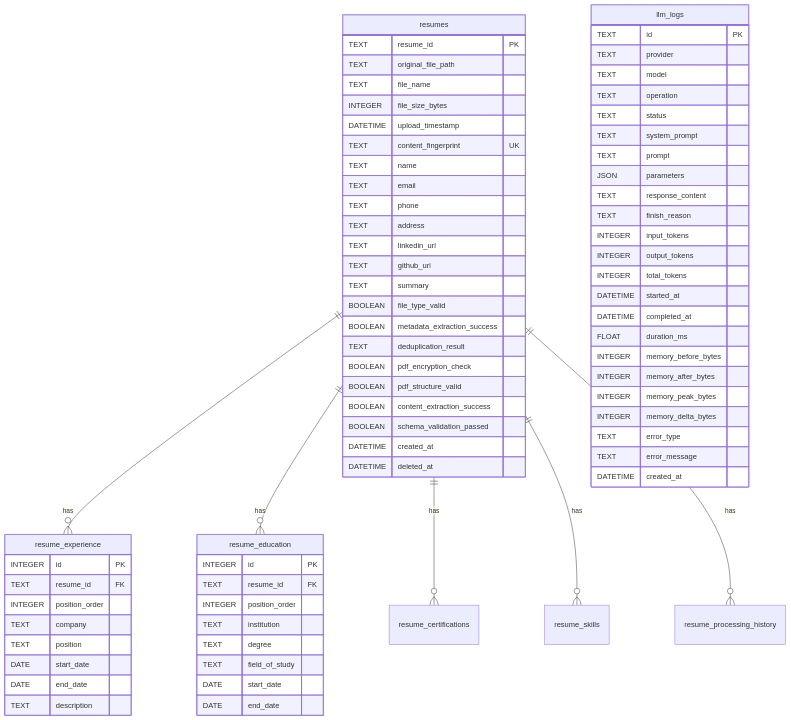
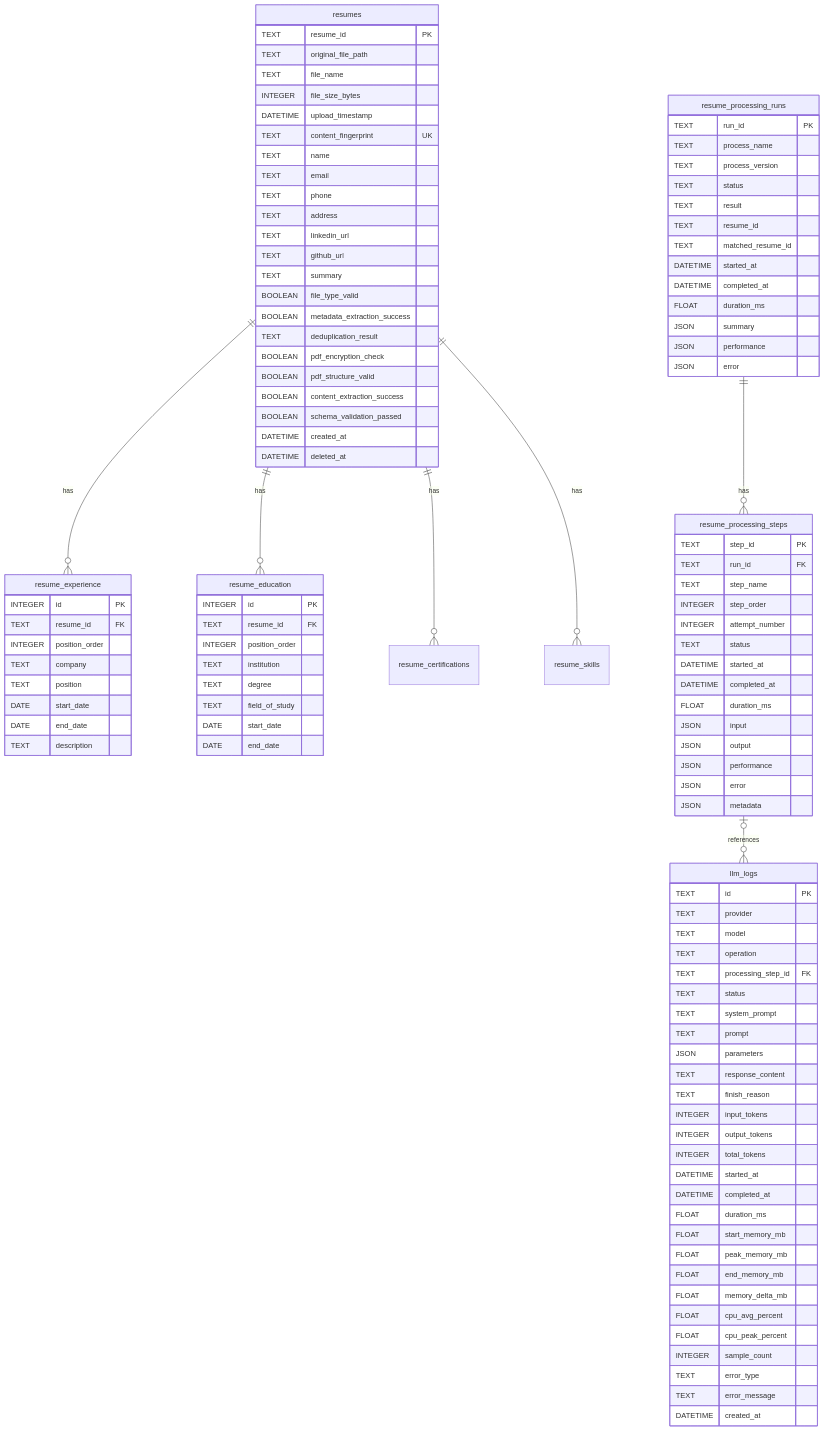
The diagram in app/database/docs/sqlite/overview.md (DelgadoArlee/cv-brewer), drawn with Mermaid before and after one commit. The commit also changed other lines of this file and 137 other files, not shown here.

Commit message:
feat: add resume processing logs

```diff
--- a/app/database/docs/sqlite/overview.md
+++ b/app/database/docs/sqlite/overview.md
@@ -38,7 +43,8 @@
     resumes ||--o{ resume_education : has
     resumes ||--o{ resume_certifications : has
     resumes ||--o{ resume_skills : has
-    resumes ||--o{ resume_processing_history : has
+    resume_processing_runs ||--o{ resume_processing_steps : has
+    resume_processing_steps o|--o{ llm_logs : references
 
     resumes {
         TEXT resume_id PK
@@ -87,11 +93,45 @@
         DATE end_date
     }
 
+    resume_processing_runs {
+        TEXT run_id PK
+        TEXT process_name
+        TEXT process_version
+        TEXT status
+        TEXT result
+        TEXT resume_id
+        TEXT matched_resume_id
+        DATETIME started_at
+        DATETIME completed_at
+        FLOAT duration_ms
+        JSON summary
+        JSON performance
+        JSON error
+    }
+
+    resume_processing_steps {
+        TEXT step_id PK
+        TEXT run_id FK
+        TEXT step_name
+        INTEGER step_order
+        INTEGER attempt_number
+        TEXT status
+        DATETIME started_at
+        DATETIME completed_at
+        FLOAT duration_ms
+        JSON input
+        JSON output
+        JSON performance
+        JSON error
+        JSON metadata
+    }
+
     llm_logs {
         TEXT id PK
         TEXT provider
         TEXT model
         TEXT operation
+        TEXT processing_step_id FK
         TEXT status
         TEXT system_prompt
         TEXT prompt
@@ -104,10 +144,13 @@
         DATETIME started_at
         DATETIME completed_at
         FLOAT duration_ms
-        INTEGER memory_before_bytes
-        INTEGER memory_after_bytes
-        INTEGER memory_peak_bytes
-        INTEGER memory_delta_bytes
+        FLOAT start_memory_mb
+        FLOAT peak_memory_mb
+        FLOAT end_memory_mb
+        FLOAT memory_delta_mb
+        FLOAT cpu_avg_percent
+        FLOAT cpu_peak_percent
+        INTEGER sample_count
         TEXT error_type
         TEXT error_message
         DATETIME created_at
```
